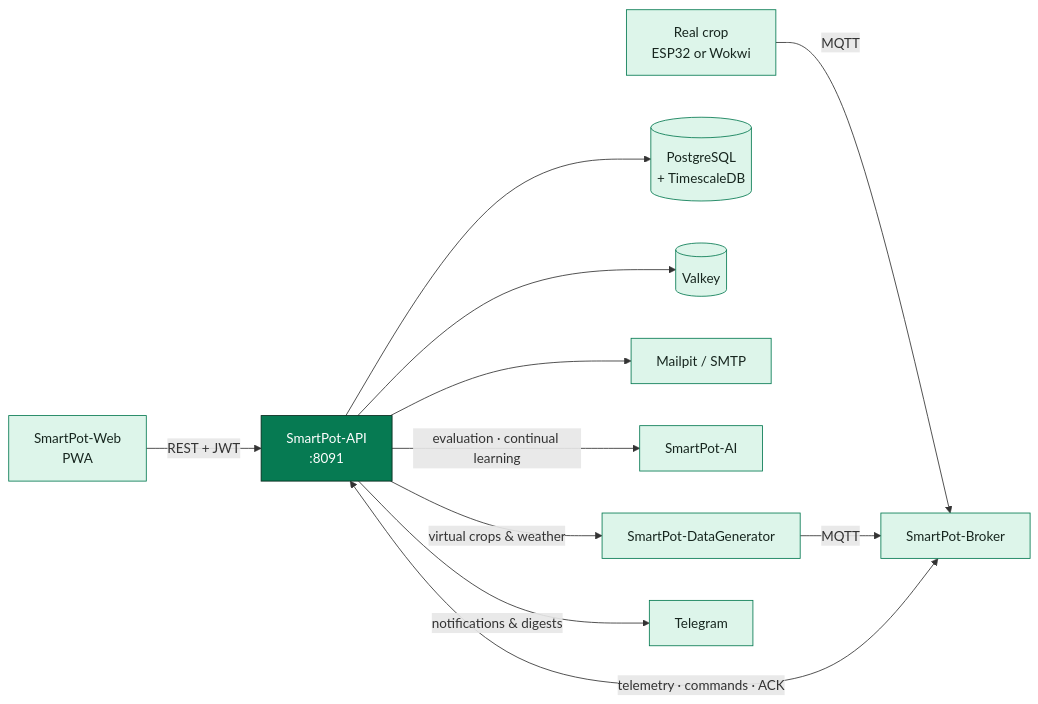
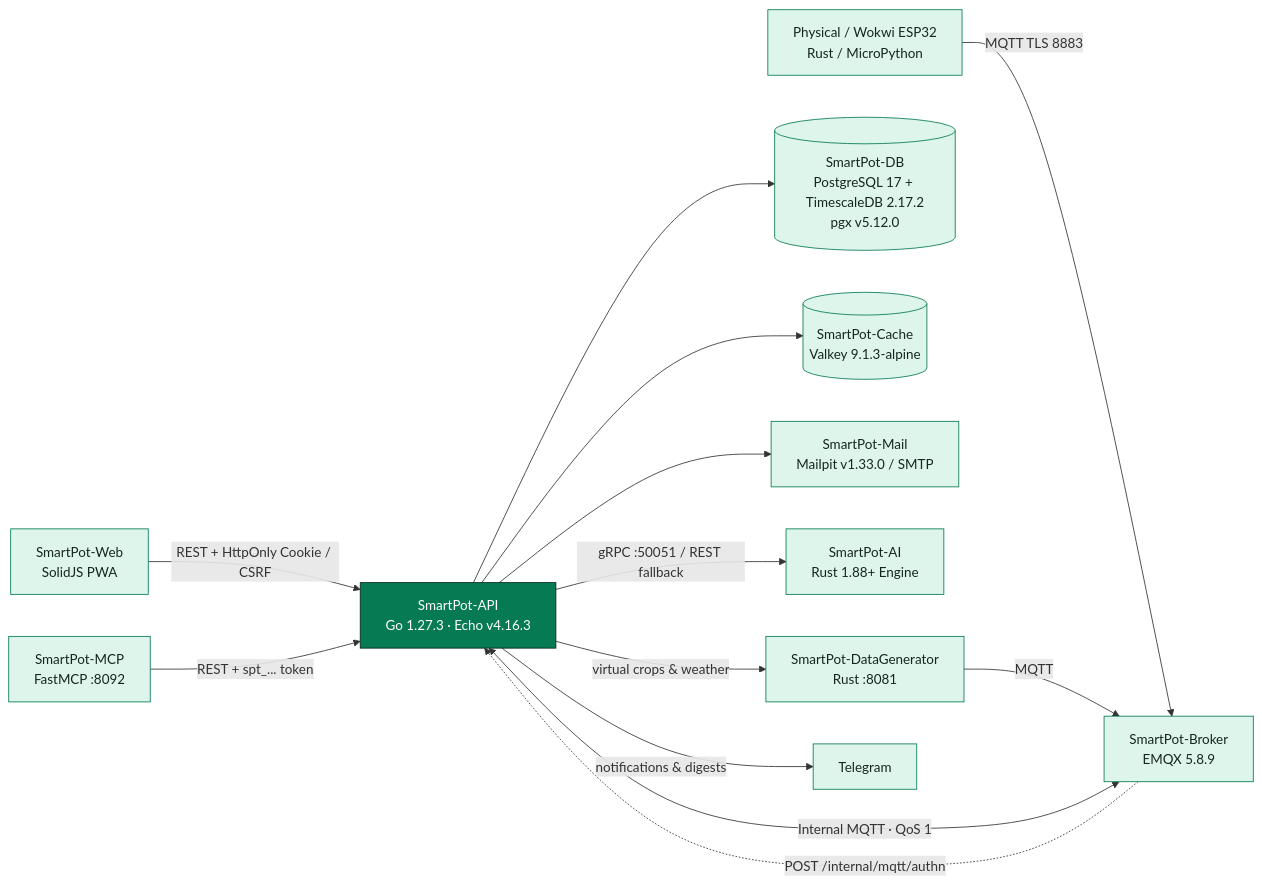
The first of 2 diagrams in README.md (SmartPotTech/SmartPot-API), drawn with Mermaid before and after one commit. The commit also changed other lines of this file and 6 other files, not shown here.

Commit message:
docs(architecture): update and standardize architecture diagrams via archify [skip deploy] #no-deploy

````diff
--- a/README.md
+++ b/README.md
@@ -18,18 +18,20 @@
 ```mermaid
 flowchart LR
-  web["SmartPot-Web<br/>PWA"] -->|"REST + JWT"| api["SmartPot-API<br/>:8091"]
-  esp["Real crop<br/>ESP32 or Wokwi"] -->|"MQTT"| broker["SmartPot-Broker"]
-  broker <-->|"telemetry · commands · ACK"| api
-  api --> db[("PostgreSQL<br/>+ TimescaleDB")]
-  api --> cache[("Valkey")]
-  api --> mail["Mailpit / SMTP"]
-  api -->|"evaluation · continual learning"| ai["SmartPot-AI"]
-  api -->|"virtual crops & weather"| sim["SmartPot-DataGenerator"]
+  web["SmartPot-Web<br/>SolidJS PWA"] -->|"REST + HttpOnly Cookie / CSRF"| api["SmartPot-API<br/>Go 1.27.3 · Echo v4.16.3"]
+  mcp["SmartPot-MCP<br/>FastMCP :8092"] -->|"REST + spt_... token"| api
+  esp["Physical / Wokwi ESP32<br/>Rust / MicroPython"] -->|"MQTT TLS 8883"| broker["SmartPot-Broker<br/>EMQX 5.8.9"]
+  broker <-->|"Internal MQTT · QoS 1"| api
+  broker -.->|"POST /internal/mqtt/authn"| api
+  api --> db[("SmartPot-DB<br/>PostgreSQL 17 + TimescaleDB 2.17.2<br/>pgx v5.12.0")]
+  api --> cache[("SmartPot-Cache<br/>Valkey 9.1.3-alpine")]
+  api --> mail["SmartPot-Mail<br/>Mailpit v1.33.0 / SMTP"]
+  api -->|"gRPC :50051 / REST fallback"| ai["SmartPot-AI<br/>Rust 1.88+ Engine"]
+  api -->|"virtual crops & weather"| sim["SmartPot-DataGenerator<br/>Rust :8081"]
   sim -->|"MQTT"| broker
   api -->|"notifications & digests"| tg["Telegram"]
 
   classDef core fill:#067A52,stroke:#06281C,color:#fff;
   classDef ext fill:#DDF5EA,stroke:#067A52,color:#17261F;
   class api core;
-  class web,esp,broker,db,cache,mail,ai,sim,tg ext;
+  class web,mcp,esp,broker,db,cache,mail,ai,sim,tg ext;
 ```
````
